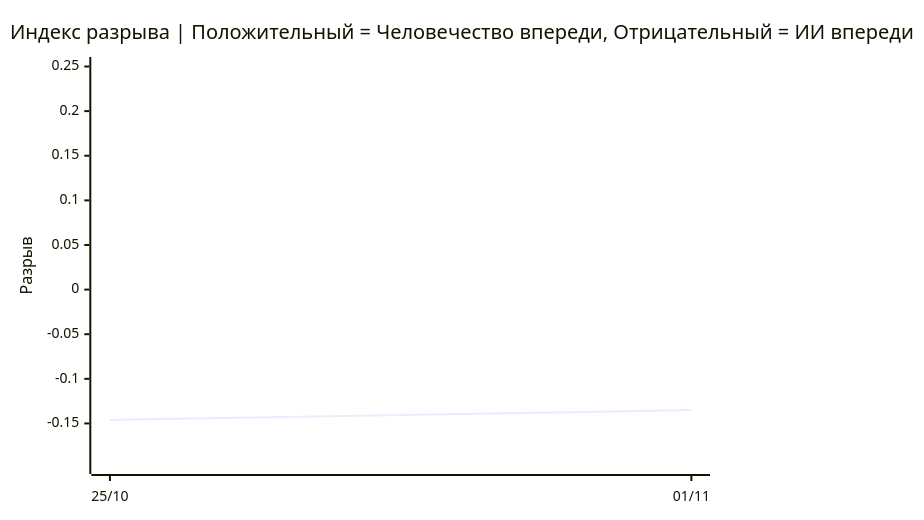
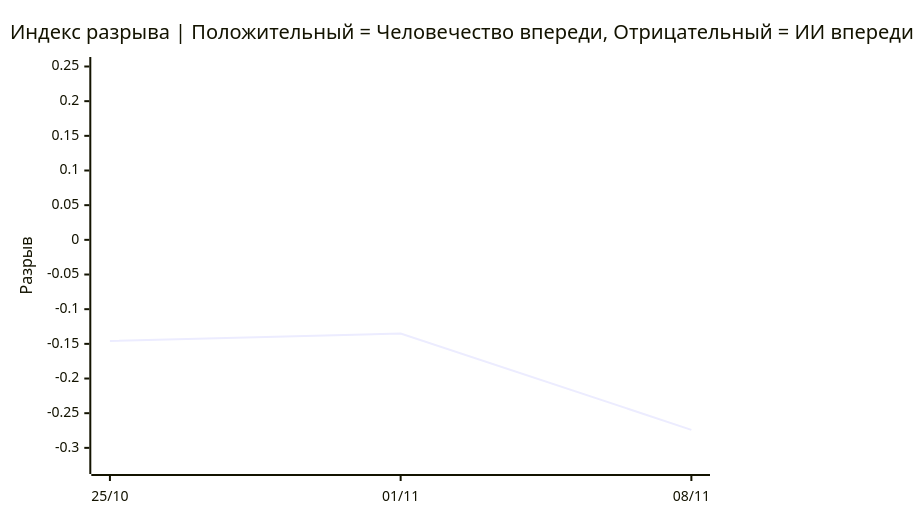
One commit to VQQLK/Human-AI-Monitor changed the second of 3 diagrams in README.ru.md. Above: the diagram before and after it, drawn with Mermaid. The commit also changed other lines of this file and 8 other files, not shown here.

````diff
--- a/README.ru.md
+++ b/README.ru.md
@@ -44,7 +44,7 @@
 ```mermaid
 xychart-beta
     title "Индекс разрыва | Положительный = Человечество впереди, Отрицательный = ИИ впереди"
-    x-axis ["25/10", "01/11"]
-    y-axis "Разрыв" -0.196 --> 0.250
-    line [-0.146, -0.135]
+    x-axis ["25/10", "01/11", "08/11"]
+    y-axis "Разрыв" -0.324 --> 0.250
+    line [-0.146, -0.135, -0.274]
 ```
````
